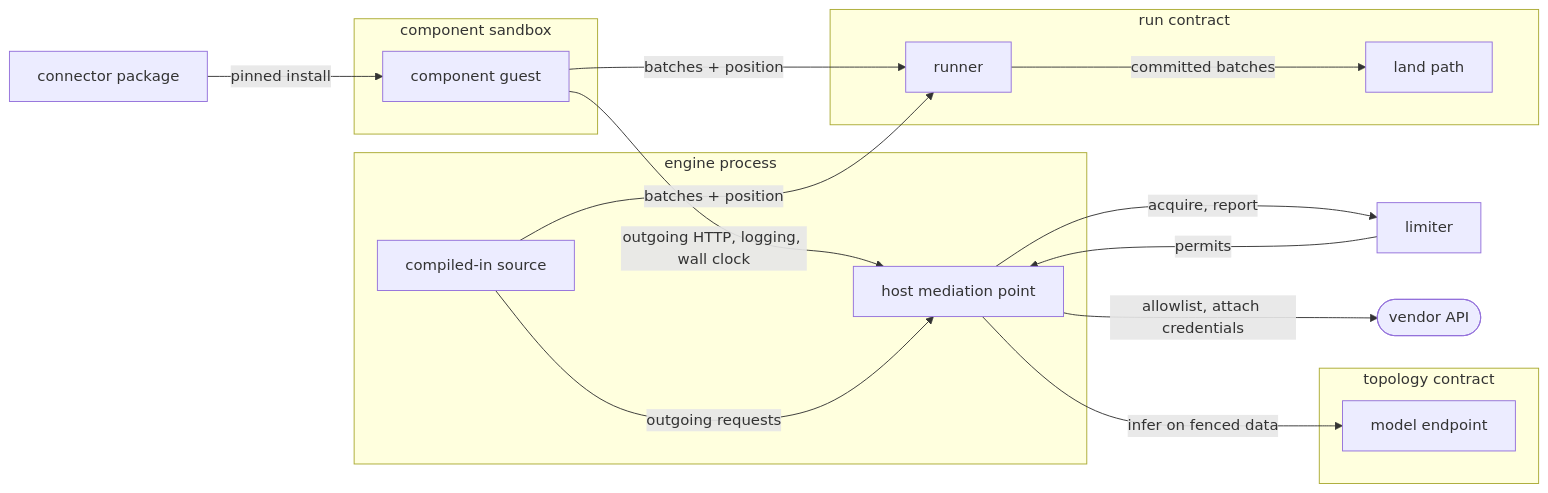
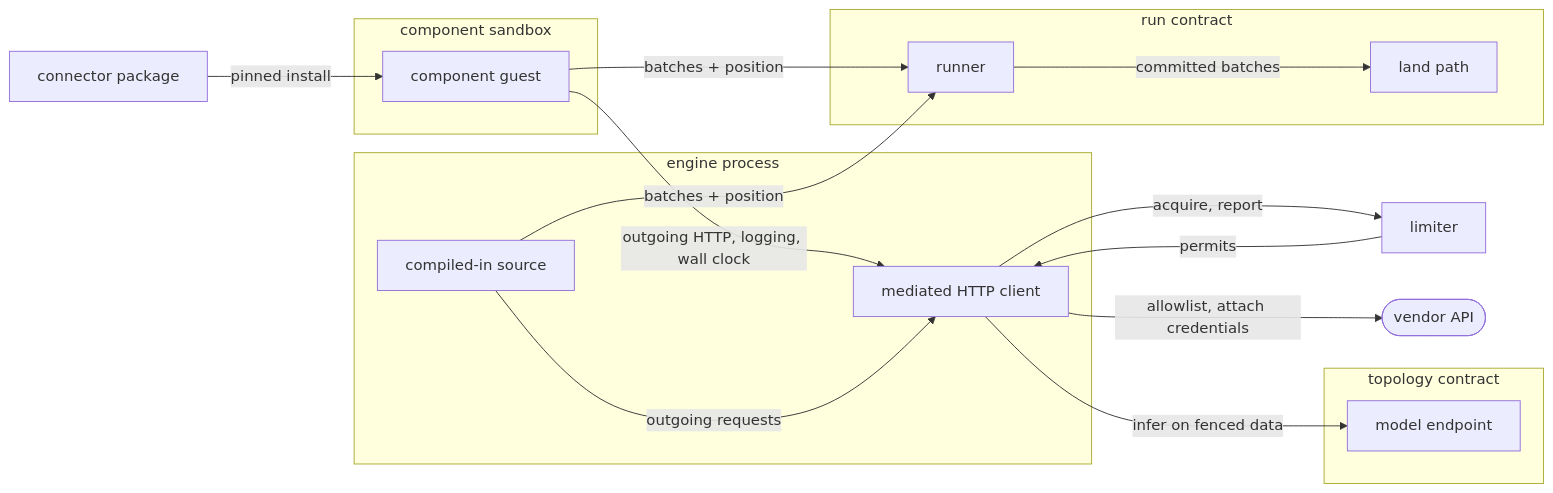
One commit to fractalboxdev/contextful changed the first of 5 diagrams in spec/40-connector.md. Above: the diagram before and after it, drawn with Mermaid. The commit also changed other lines of this file and 168 other files, not shown here.

````diff
--- a/spec/40-connector.md
+++ b/spec/40-connector.md
@@ -23,29 +22,29 @@
 ```mermaid
 flowchart LR
   PKG["connector package"] -->|"pinned install"| GUEST
   subgraph SANDBOX["component sandbox"]
     GUEST["component guest"]
   end
   subgraph ENGINE["engine process"]
     NATIVE["compiled-in source"]
-    MED["host mediation point"]
+    MED["mediated HTTP client"]
   end
   subgraph RUNC["run contract"]
     RUN["runner"]
     LAND["land path"]
   end
   LIM["limiter"]
   VEND(["vendor API"])
   subgraph TOPO["topology contract"]
     MODEL["model endpoint"]
   end
   GUEST -->|"outgoing HTTP, logging, wall clock"| MED
   NATIVE -->|"outgoing requests"| MED
   MED -->|"acquire, report"| LIM
   LIM -->|"permits"| MED
   MED -->|"allowlist, attach credentials"| VEND
   MED -->|"infer on fenced data"| MODEL
   GUEST -->|"batches + position"| RUN
   NATIVE -->|"batches + position"| RUN
   RUN -->|"committed batches"| LAND
 ```
````
